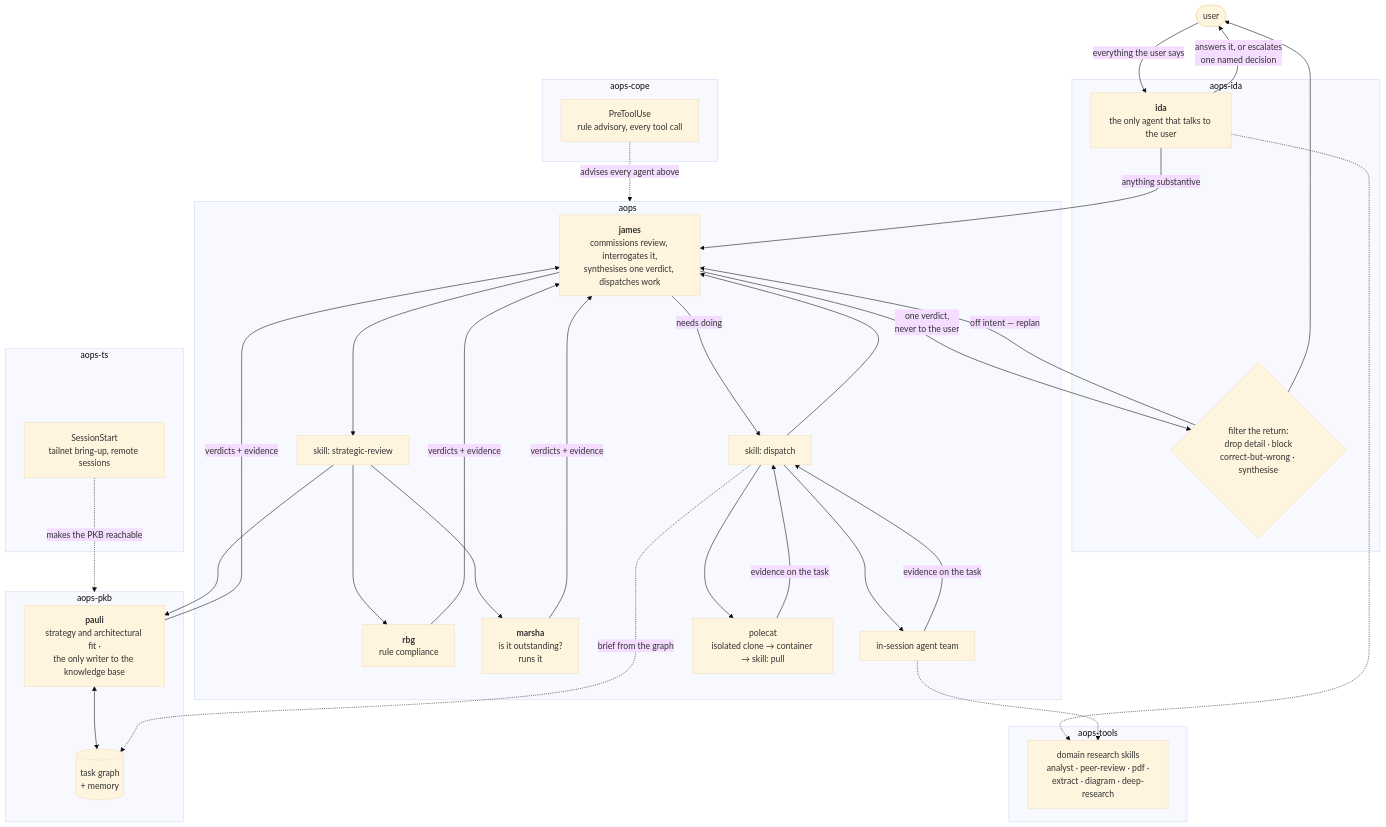
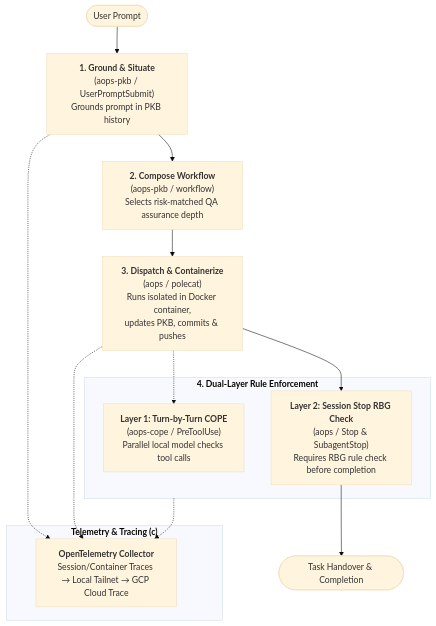
The diagram in README.md (nicsuzor/academicOps), drawn with Mermaid (base theme) before and after one commit. The commit also changed other lines of this file and 10 other files, not shown here.

````diff
--- a/README.md
+++ b/README.md
@@ -13,58 +16,23 @@
 ```mermaid
 flowchart TD
-    U([user])
-
-    subgraph ida["aops-ida"]
-        IDA["<b>ida</b><br/>the only agent that talks to the user"]
-        F{"filter the return:<br/>drop detail · block<br/>correct-but-wrong · synthesise"}
+    U([User Prompt]) --> P1["<b>1. Ground & Situate</b><br/>(aops-pkb / UserPromptSubmit)<br/>Grounds prompt in PKB history"]
+    P1 --> P2["<b>2. Compose Workflow</b><br/>(aops-pkb / workflow)<br/>Selects risk-matched QA assurance depth"]
+    P2 --> P3["<b>3. Dispatch & Containerize</b><br/>(aops / polecat)<br/>Runs isolated in Docker container,<br/>updates PKB, commits & pushes"]
+    
+    subgraph Enforcement["<b>4. Dual-Layer Rule Enforcement</b>"]
+        E1["<b>Layer 1: Turn-by-Turn COPE</b><br/>(aops-cope / PreToolUse)<br/>Parallel local model checks tool calls"]
+        E2["<b>Layer 2: Session Stop RBG Check</b><br/>(aops / Stop & SubagentStop)<br/>Requires RBG rule check before completion"]
     end
 
-    subgraph aops["aops"]
-        J["<b>james</b><br/>commissions review, interrogates it,<br/>synthesises one verdict, dispatches work"]
-        SR["skill: strategic-review"]
-        RBG["<b>rbg</b><br/>rule compliance"]
-        MAR["<b>marsha</b><br/>is it outstanding?<br/>runs it"]
-        DISP["skill: dispatch"]
-        TEAM["in-session agent team"]
-        PC["polecat<br/>isolated clone → container → skill: pull"]
+    P3 -.-> E1
+    P3 --> E2
+    E2 --> F([Task Handover & Completion])
+
+    subgraph Tracing["<b>Telemetry & Tracing (c)</b>"]
+        OTEL["<b>OpenTelemetry Collector</b><br/>Session/Container Traces → Local Tailnet → GCP Cloud Trace"]
     end
 
-    subgraph pkb["aops-pkb"]
-        PAULI["<b>pauli</b><br/>strategy and architectural fit ·<br/>the only writer to the knowledge base"]
-        GRAPH[("task graph<br/>+ memory")]
-    end
-
-    subgraph tools["aops-tools"]
-        TL["domain research skills<br/>analyst · peer-review · pdf ·<br/>extract · diagram · deep-research"]
-    end
-
-    subgraph cope["aops-cope"]
-        COPE["PreToolUse<br/>rule advisory, every tool call"]
-    end
-
-    subgraph ts["aops-ts"]
-        TSH["SessionStart<br/>tailnet bring-up, remote sessions"]
-    end
-
-    U -->|"everything the user says"| IDA
-    IDA -->|"answers it, or escalates<br/>one named decision"| U
-    IDA -->|"anything substantive"| J
-
-    J --> SR
-    SR --> RBG & MAR & PAULI
-    RBG & MAR & PAULI -->|"verdicts + evidence"| J
-    J -->|"needs doing"| DISP
-    DISP --> TEAM & PC
-    TEAM & PC -->|"evidence on the task"| DISP
-    DISP --> J
-    J -->|"one verdict,<br/>never to the user"| F
-    F --> U
-    F -->|"off intent — replan"| J
-
-    PAULI <--> GRAPH
-    DISP -.->|"brief from the graph"| GRAPH
-    IDA -.-> TL
-    TEAM -.-> TL
-    COPE -.->|"advises every agent above"| aops
-    TSH -.->|"makes the PKB reachable"| pkb
+    P1 -.-> OTEL
+    P3 -.-> OTEL
+    Enforcement -.-> OTEL
 ```
````
